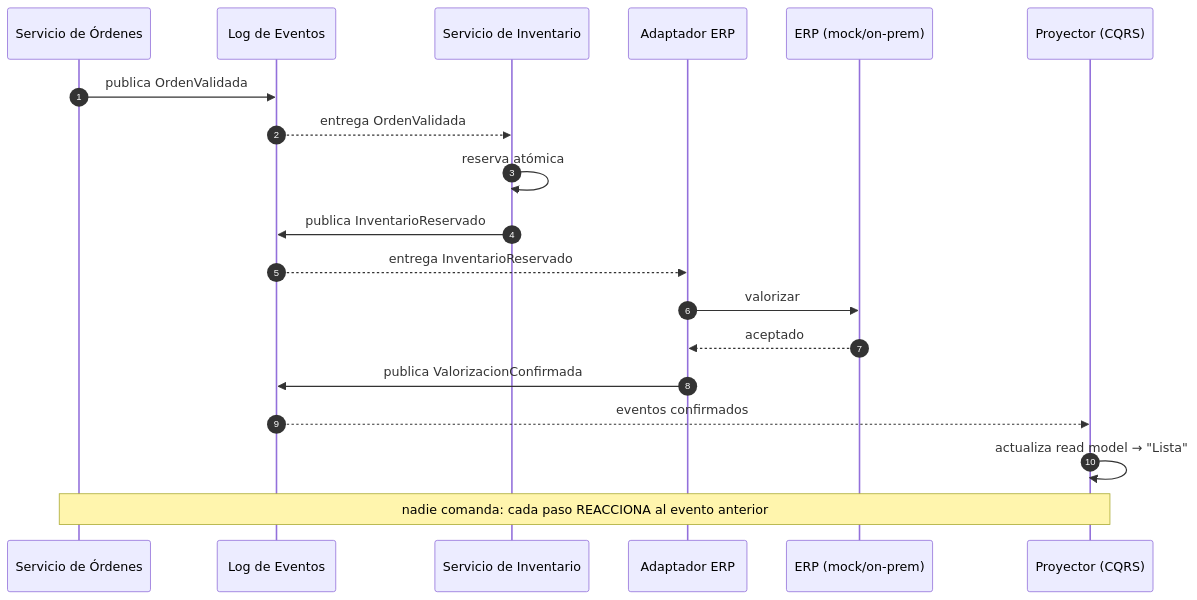
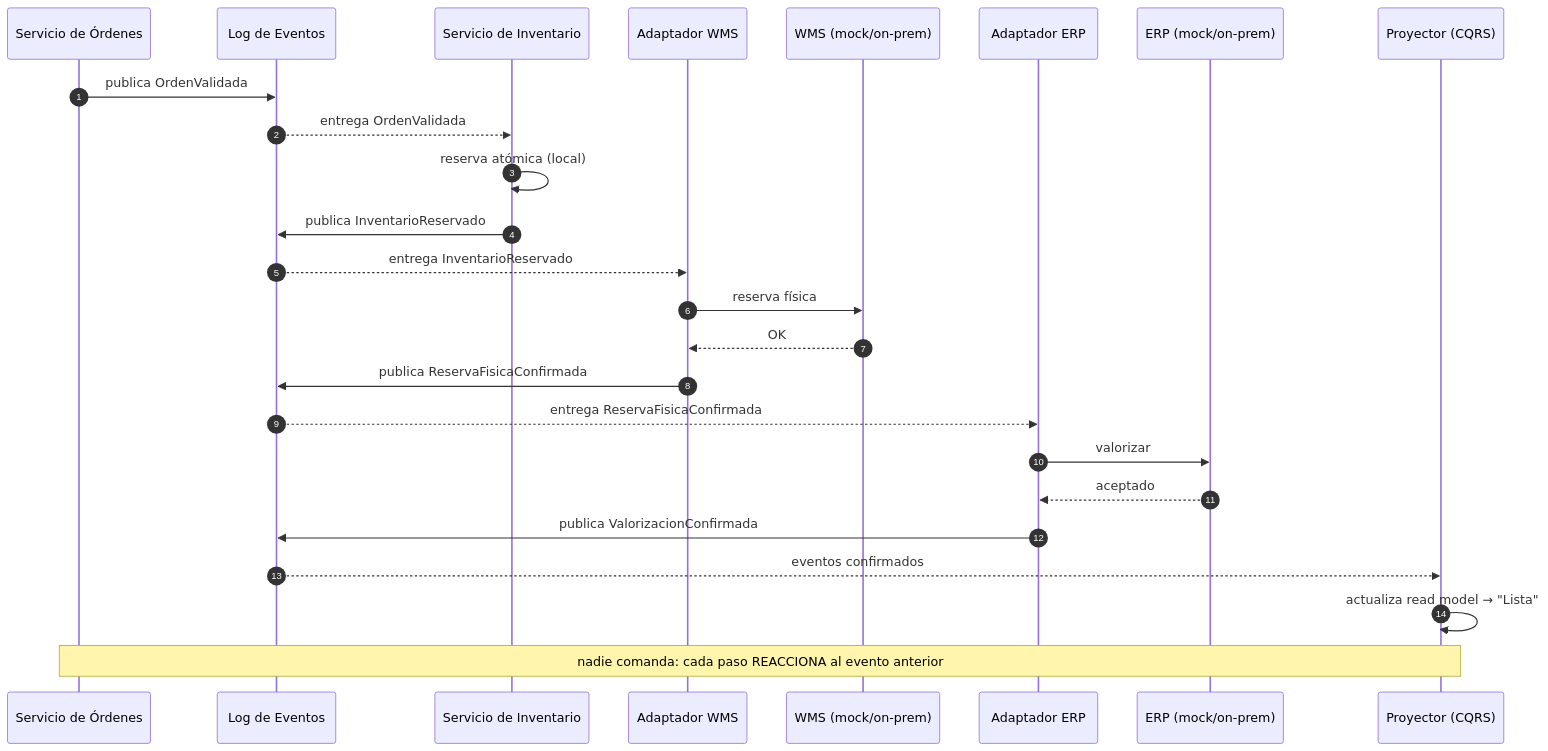
Before and after one commit to jbreategui/ruta-express: the first of 2 diagrams in arquitectura/diseno_solucion/diagramas_secuencia/03_saga_B_coreografiada.md, drawn with Mermaid. The commit also changed other lines of this file and 30 other files, not shown here.

Commit message:
Corregir coherencia de punta a punta (revision adversarial): compensacion WMS en diagramas, PNGs alineados con Mermaid, 409 de idempotencia, costos/alcance unificados, notas de seguridad honestas y ajustes menores

````diff
--- a/arquitectura/diseno_solucion/diagramas_secuencia/03_saga_B_coreografiada.md
+++ b/arquitectura/diseno_solucion/diagramas_secuencia/03_saga_B_coreografiada.md
@@ -6,22 +6,28 @@
 ```mermaid
 sequenceDiagram
     autonumber
     participant OMS as Servicio de Órdenes
     participant LOG as Log de Eventos
     participant INV as Servicio de Inventario
+    participant ADW as Adaptador WMS
+    participant WMS as WMS (mock/on-prem)
     participant ADE as Adaptador ERP
     participant ERP as ERP (mock/on-prem)
     participant PRO as Proyector (CQRS)
 
     OMS->>LOG: publica OrdenValidada
     LOG-->>INV: entrega OrdenValidada
-    INV->>INV: reserva atómica
+    INV->>INV: reserva atómica (local)
     INV->>LOG: publica InventarioReservado
-    LOG-->>ADE: entrega InventarioReservado
+    LOG-->>ADW: entrega InventarioReservado
+    ADW->>WMS: reserva física
+    WMS-->>ADW: OK
+    ADW->>LOG: publica ReservaFisicaConfirmada
+    LOG-->>ADE: entrega ReservaFisicaConfirmada
     ADE->>ERP: valorizar
     ERP-->>ADE: aceptado
     ADE->>LOG: publica ValorizacionConfirmada
     LOG-->>PRO: eventos confirmados
     PRO->>PRO: actualiza read model → "Lista"
     Note over OMS,PRO: nadie comanda: cada paso REACCIONA al evento anterior
 ```
````
